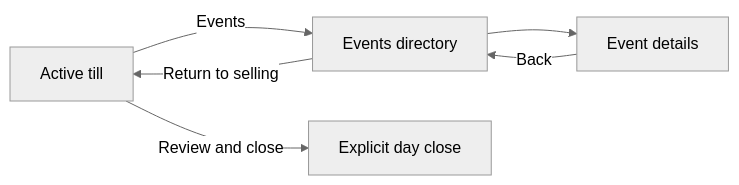
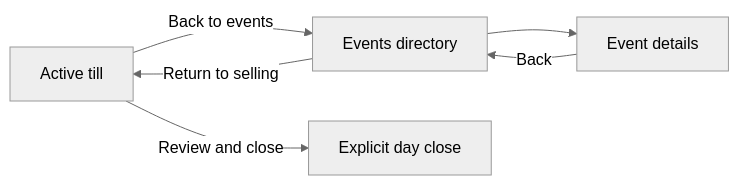
Before and after one commit to newonathe/happy-cookie-ops: the first of 2 diagrams in docs/design/active-bazaar-parallel-production-plan.md, drawn with Mermaid (neutral theme). The commit also changed other lines of this file and 47 other files, not shown here.

````diff
--- a/docs/design/active-bazaar-parallel-production-plan.md
+++ b/docs/design/active-bazaar-parallel-production-plan.md
@@ -102,8 +162,8 @@
 ```mermaid
 flowchart LR
-  T[Active till] -->|Events| E[Events directory]
+  T[Active till] -->|Back to events| E[Events directory]
   E --> D[Event details]
   D -->|Back| E
   E -->|Return to selling| T
   T -->|Review and close| C[Explicit day close]
 ```
````
